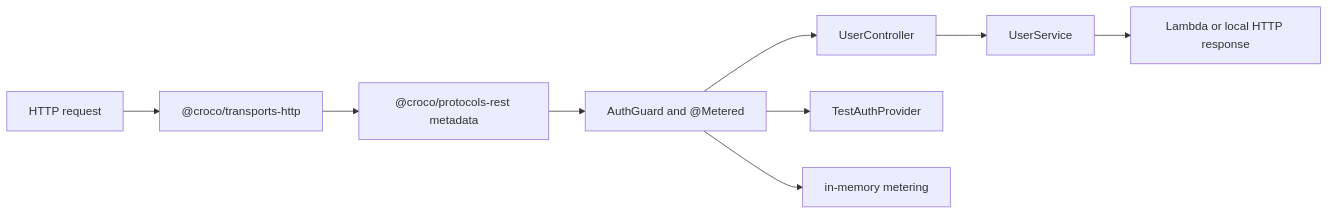
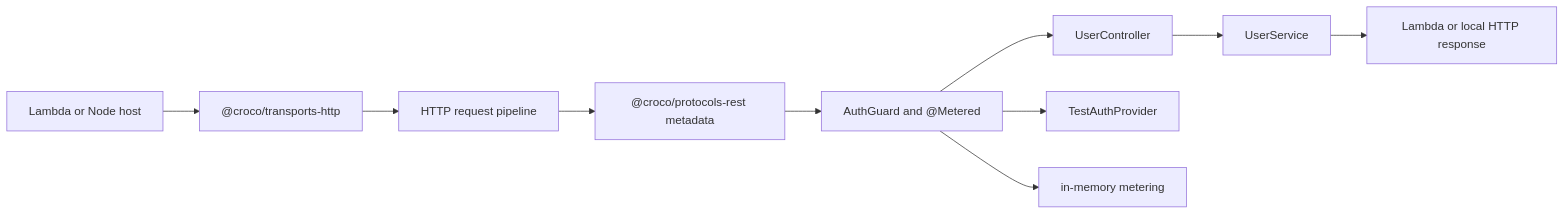
The diagram in examples/quick-start-lambda/README.md (croco-dev/framework), drawn with Mermaid before and after one commit. The commit also changed other lines of this file and 96 other files, not shown here.

````diff
--- a/examples/quick-start-lambda/README.md
+++ b/examples/quick-start-lambda/README.md
@@ -19,11 +24,12 @@
 ```mermaid
 flowchart LR
-  request[HTTP request] --> transport["@croco/transports-http"]
-  transport --> metadata["@croco/protocols-rest metadata"]
+  host["Lambda or Node host"] --> transport["@croco/transports-http"]
+  transport --> request[HTTP request pipeline]
+  request --> metadata["@croco/protocols-rest metadata"]
   metadata --> guards["AuthGuard and @Metered"]
   guards --> controller["UserController"]
   controller --> service["UserService"]
   guards --> auth["TestAuthProvider"]
   guards --> metering["in-memory metering"]
   service --> response["Lambda or local HTTP response"]
 ```
````
